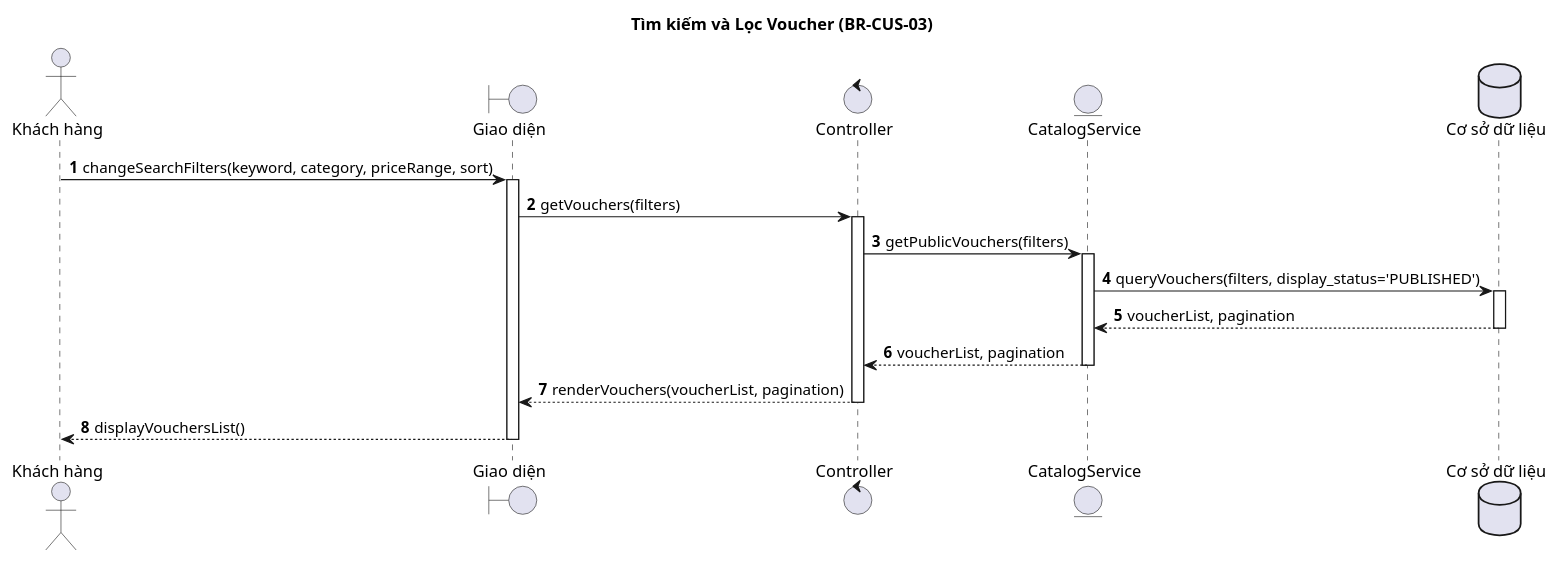
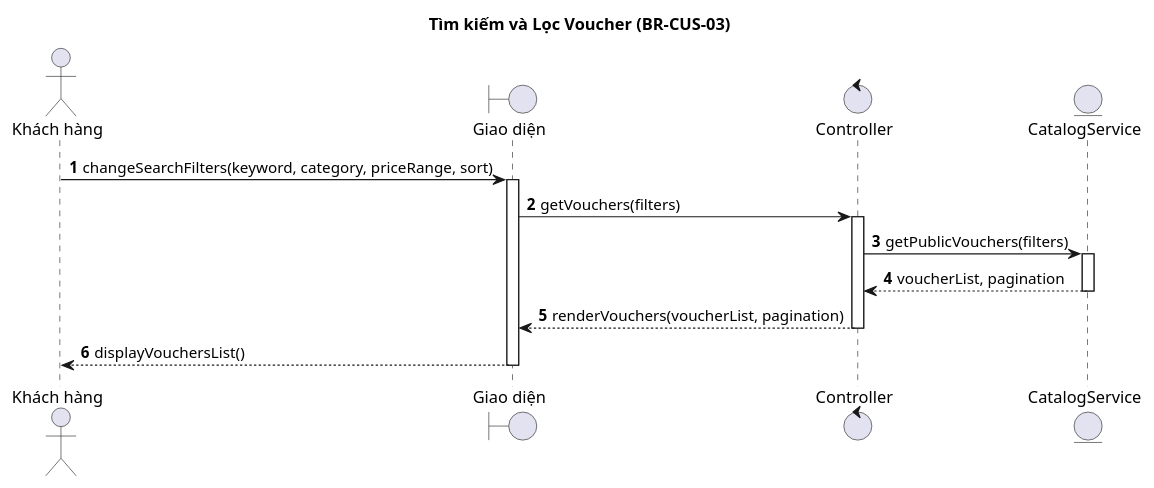
One commit to Ngo-The-Dat/e-voucher-system changed the diagram in doc/sequence/KhachHang/Tim_kiem_voucher.wsd. Above: the diagram before and after it, drawn with PlantUML. The commit also changed 7 other files, not shown here.

Commit message:
docs: 📖 update customer sequence diagrams to remove internal DB interactions and match current implementation

```diff
--- a/doc/sequence/KhachHang/Tim_kiem_voucher.wsd
+++ b/doc/sequence/KhachHang/Tim_kiem_voucher.wsd
@@ -1,27 +1,22 @@
 @startuml
 title Tìm kiếm và Lọc Voucher (BR-CUS-03)
 
 autonumber
 actor "Khách hàng" as KH
 boundary "Giao diện" as UI
 control "Controller" as Controller
 entity "CatalogService" as Service
-database "Cơ sở dữ liệu" as DB
 
 KH -> UI : changeSearchFilters(keyword, category, priceRange, sort)
 activate UI
 UI -> Controller : getVouchers(filters)
 activate Controller
 Controller -> Service : getPublicVouchers(filters)
 activate Service
-Service -> DB : queryVouchers(filters, display_status='PUBLISHED')
-activate DB
-DB --> Service : voucherList, pagination
-deactivate DB
 Service --> Controller : voucherList, pagination
 deactivate Service
 Controller --> UI : renderVouchers(voucherList, pagination)
 deactivate Controller
 UI --> KH : displayVouchersList()
 deactivate UI
 @enduml
```
